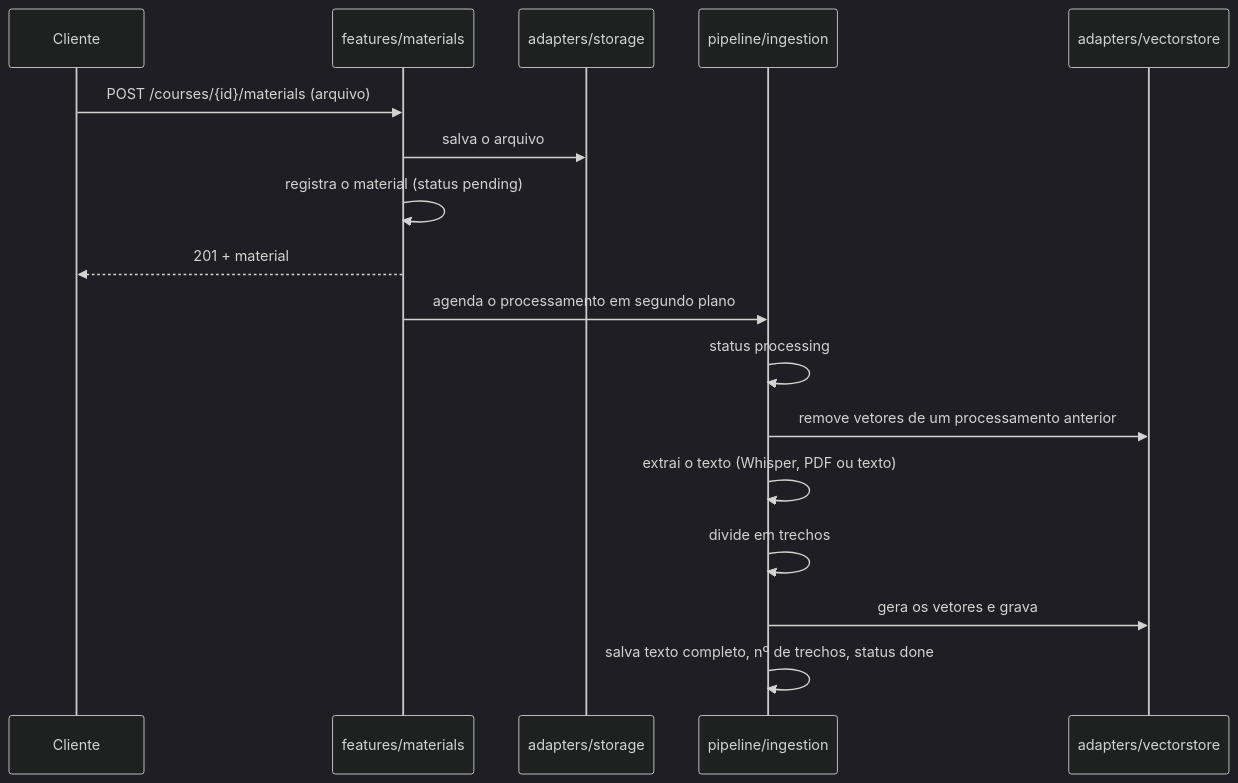
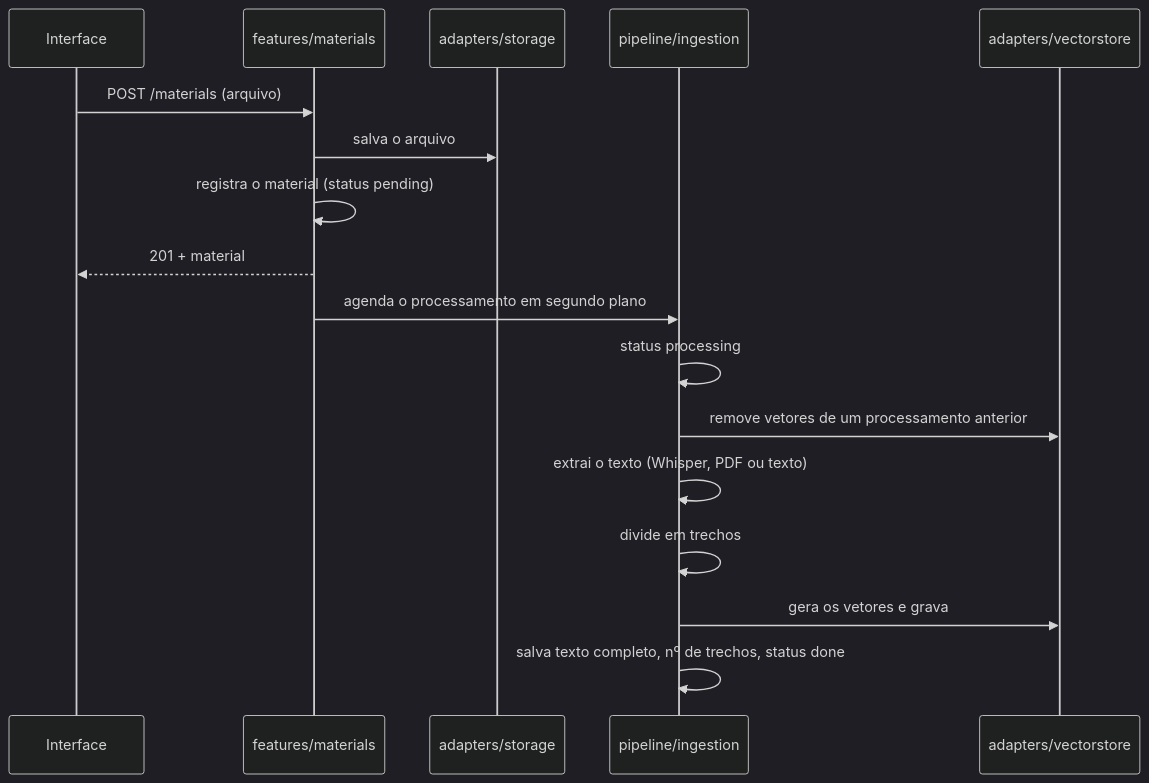
The second of 5 diagrams in docs/arquitetura.md (kevin-sachetti/grounded-rag-course-assistant), drawn with Mermaid (dark theme) before and after one commit. The commit also changed other lines of this file and 83 other files, not shown here.

````diff
--- a/docs/arquitetura.md
+++ b/docs/arquitetura.md
@@ -66,20 +99,20 @@
 ```mermaid
 sequenceDiagram
-    participant C as Cliente
+    participant U as Interface
     participant M as features/materials
     participant S as adapters/storage
     participant I as pipeline/ingestion
     participant V as adapters/vectorstore
 
-    C->>M: POST /courses/{id}/materials (arquivo)
+    U->>M: POST /materials (arquivo)
     M->>S: salva o arquivo
     M->>M: registra o material (status pending)
-    M-->>C: 201 + material
+    M-->>U: 201 + material
     M->>I: agenda o processamento em segundo plano
     I->>I: status processing
     I->>V: remove vetores de um processamento anterior
     I->>I: extrai o texto (Whisper, PDF ou texto)
     I->>I: divide em trechos
     I->>V: gera os vetores e grava
     I->>I: salva texto completo, nº de trechos, status done
 ```
````
